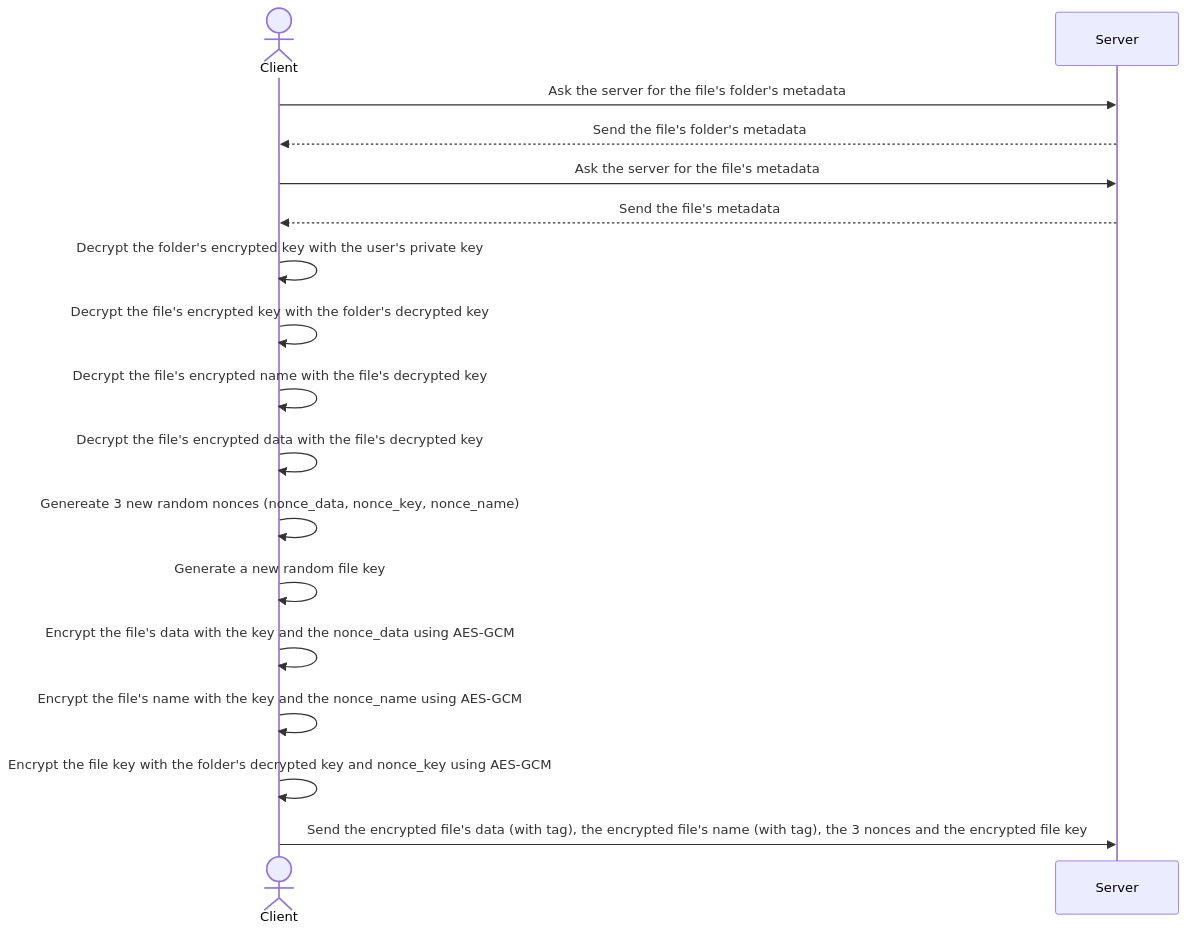
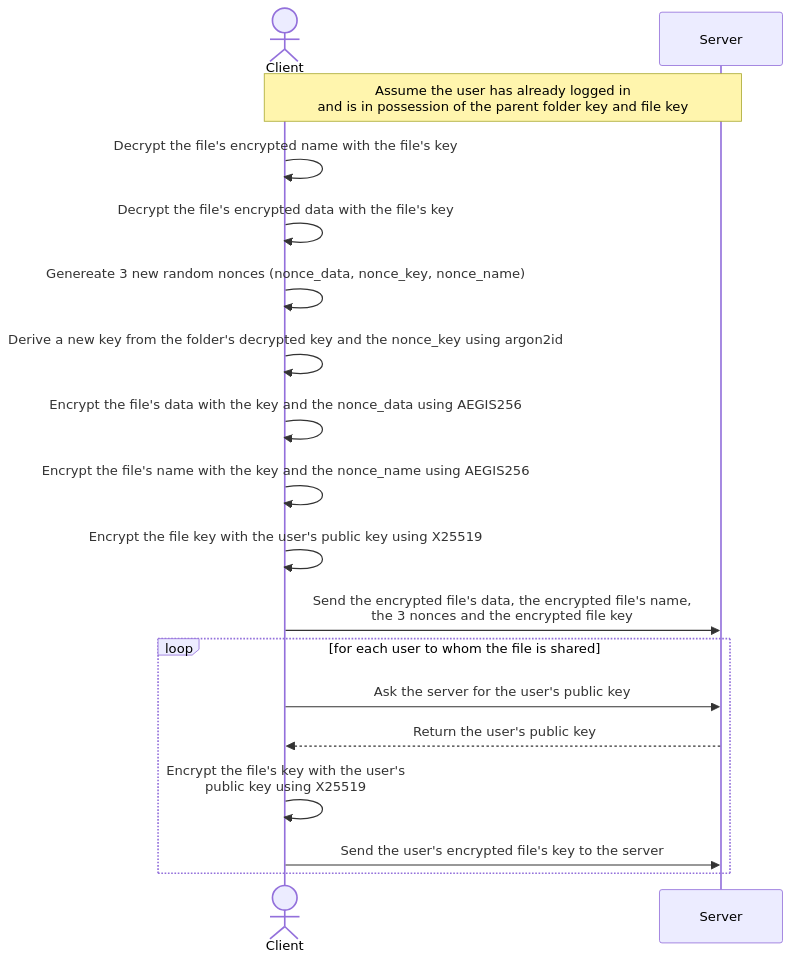
The diagram in doc/project_mermaid/revoke_file.mmd (DACC4/effective-octo-system), drawn with Mermaid before and after one commit. The commit also changed 27 other files, not shown here.

```diff
--- a/doc/project_mermaid/revoke_file.mmd
+++ b/doc/project_mermaid/revoke_file.mmd
@@ -1,27 +1,26 @@
 sequenceDiagram
     actor C as Client
     participant S as Server
 
-    C->>S: Ask the server for the file's folder's metadata
-    S-->>C: Send the file's folder's metadata
+    note over C,S: Assume the user has already logged in <br> and is in possession of the parent folder key and file key
 
-    C->>S: Ask the server for the file's metadata
-    S-->>C: Send the file's metadata
-
-    C->>C: Decrypt the folder's encrypted key with the user's private key
-
-    C->>C: Decrypt the file's encrypted key with the folder's decrypted key
-
-    C->>C: Decrypt the file's encrypted name with the file's decrypted key
-    C->>C: Decrypt the file's encrypted data with the file's decrypted key
+    C->>C: Decrypt the file's encrypted name with the file's key
+    C->>C: Decrypt the file's encrypted data with the file's key
 
     C->>C: Genereate 3 new random nonces (nonce_data, nonce_key, nonce_name)
 
-    C->>C: Generate a new random file key
+    C->>C: Derive a new key from the folder's decrypted key and the nonce_key using argon2id
 
-    C->>C: Encrypt the file's data with the key and the nonce_data using AES-GCM
-    C->>C: Encrypt the file's name with the key and the nonce_name using AES-GCM
+    C->>C: Encrypt the file's data with the key and the nonce_data using AEGIS256
+    C->>C: Encrypt the file's name with the key and the nonce_name using AEGIS256
 
-    C->>C: Encrypt the file key with the folder's decrypted key and nonce_key using AES-GCM
+    C->>C: Encrypt the file key with the user's public key using X25519
 
-    C->>S: Send the encrypted file's data (with tag), the encrypted file's name (with tag), the 3 nonces and the encrypted file key
+    C->>S: Send the encrypted file's data, the encrypted file's name, <br> the 3 nonces and the encrypted file key
+
+    loop for each user to whom the file is shared
+        C->>S: Ask the server for the user's public key
+        S-->>C: Return the user's public key
+        C->>C: Encrypt the file's key with the user's <br> public key using X25519
+        C->>S: Send the user's encrypted file's key to the server
+    end
```
